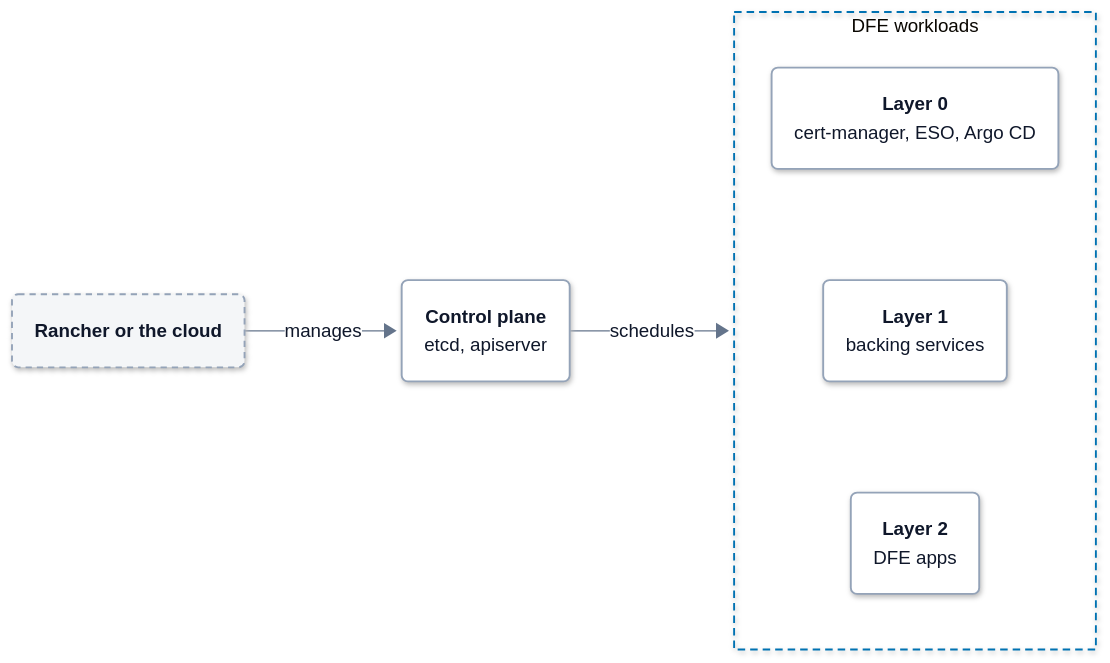
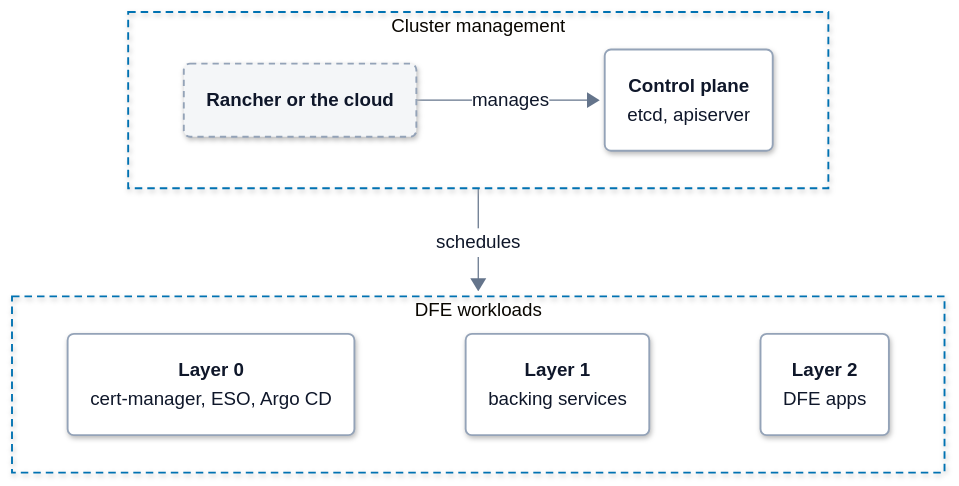
One commit to hyperi-io/dfe-infra changed the first of 2 diagrams in docs/deployment/rke2.md. Above: the diagram before and after it, drawn with Mermaid. The commit also changed other lines of this file and 17 other files, not shown here.

First line of the commit message:
docs(architecture): map suite in architecture.md and fit charts to 860 px (#1152)

````diff
--- a/docs/deployment/rke2.md
+++ b/docs/deployment/rke2.md
@@ -36,78 +36,79 @@
 ```mermaid
 ---
 config:
   theme: base
   look: neo
   fontFamily: Inter, -apple-system, Segoe UI, Roboto, Helvetica, Arial, sans-serif
   flowchart:
     curve: linear
     nodeSpacing: 40
     rankSpacing: 64
     padding: 18
     wrappingWidth: 280
     htmlLabels: true
   elk:
     preset: modelOrder
   themeVariables:
     fontSize: 15px
     lineColor: "#64748B"
     primaryTextColor: "#0F172A"
     clusterBorder: "#0072B2"
     edgeLabelBackground: "#FFFFFF"
   themeCSS: >-
     p{margin:0}
     .node[data-look] rect,.node[data-look] path,.node[data-look] polygon,.node[data-look] .outer-path{filter:drop-shadow(0 1px 2px rgba(15,23,42,.10)) drop-shadow(0 6px 14px rgba(15,23,42,.10))}
     .node rect{rx:10px;ry:10px}
     .cluster rect{rx:16px;ry:16px}
     .node .label div{min-width:150px}
     .node.decision .label div{min-width:0}
     .cluster[data-look] rect{filter:none}
     .nodeLabel{line-height:1.35}
     .nodeLabel b{font-weight:600;font-size:15px;letter-spacing:-0.01em}
     .nodeLabel span{font-size:12.5px;font-weight:400;color:#334155}
     .cluster-label span.nodeLabel{display:inline-block;background:#FFFFFF;color:#0B2A3F;border:1.5px solid #0072B2;border-radius:999px;padding:2px 12px;font-size:11.5px;font-weight:700;letter-spacing:.09em;text-transform:uppercase}
     .flowchart-link{stroke-width:1.75px}
     .labelBkg{background:transparent!important}
     span.edgeLabel{display:inline-block;background:#FFFFFF!important;color:#1E293B;border:1px solid #94A3B8;border-radius:999px;padding:2px 10px;font-size:12px;font-weight:500}
     span.edgeLabel p{background:transparent!important}
     .label-icon{width:20px;height:20px;vertical-align:-4px;margin-right:6px}
     .ingest .label-icon{color:#0E8A7D}
     .xform .label-icon{color:#7B4FB0}
     .load .label-icon{color:#0072B2}
     .bus .label-icon{color:#A8517F}
     .store .label-icon{color:#00785A}
     .ui .label-icon{color:#D9480F}
     .ext .label-icon{color:#64748B}
 ---
-flowchart LR
+flowchart TB
     accTitle: L4 Detail -- DFE on an RKE2 cluster
     accDescr: Rancher, or the cloud on a managed cluster, manages the control plane. The control plane schedules DFE's three layers as workloads: bootstrap's Layer 0, the Layer 1 backing services and the Layer 2 apps.
-
-    owner("<b>Rancher or the cloud</b>")
-    cp("<b>Control plane</b><br/><span>etcd, apiserver</span>")
-
+    subgraph mgmt["Cluster management"]
+        direction LR
+        owner("<b>Rancher or the cloud</b>")
+        cp("<b>Control plane</b><br/><span>etcd, apiserver</span>")
+        owner -->|manages| cp
+    end
     subgraph dfe["DFE workloads"]
+        direction LR
         layer0("<b>Layer 0</b><br/><span>cert-manager, ESO, Argo CD</span>")
         layer1("<b>Layer 1</b><br/><span>backing services</span>")
         layer2("<b>Layer 2</b><br/><span>DFE apps</span>")
         layer0 ~~~ layer1 ~~~ layer2
     end
-
-    owner -->|manages| cp
-    cp -->|schedules| dfe
-
+    mgmt -->|schedules| dfe
     class owner ext
     class cp,layer0,layer1,layer2 part
   classDef ext fill:#F4F6F8,stroke:#94A3B8,stroke-width:1.5px,stroke-dasharray:5 4,color:#0F172A
   classDef ingest fill:#FFFFFF,stroke:#0E8A7D,stroke-width:3px,color:#0F172A
   classDef xform fill:#FFFFFF,stroke:#7B4FB0,stroke-width:3px,color:#0F172A
   classDef load fill:#FFFFFF,stroke:#0072B2,stroke-width:3px,color:#0F172A
   classDef bus fill:#FFFFFF,stroke:#A8517F,stroke-width:3px,color:#0F172A
   classDef store fill:#FFFFFF,stroke:#00785A,stroke-width:3px,color:#0F172A
   classDef ui fill:#FFFFFF,stroke:#D9480F,stroke-width:3px,color:#0F172A
   classDef decision fill:#FFFFFF,stroke:#9A6700,stroke-width:3px,color:#0F172A
   classDef error fill:#FFFFFF,stroke:#C2410C,stroke-width:3px,color:#0F172A
   classDef control fill:#FFFFFF,stroke:#334155,stroke-width:3px,color:#0F172A
   classDef part fill:#FFFFFF,stroke:#94A3B8,stroke-width:1.5px,color:#0F172A
+  style mgmt fill:none,stroke:#0072B2,stroke-width:1.5px,stroke-dasharray:6 4
   style dfe fill:none,stroke:#0072B2,stroke-width:1.5px,stroke-dasharray:6 4
 ```
````
